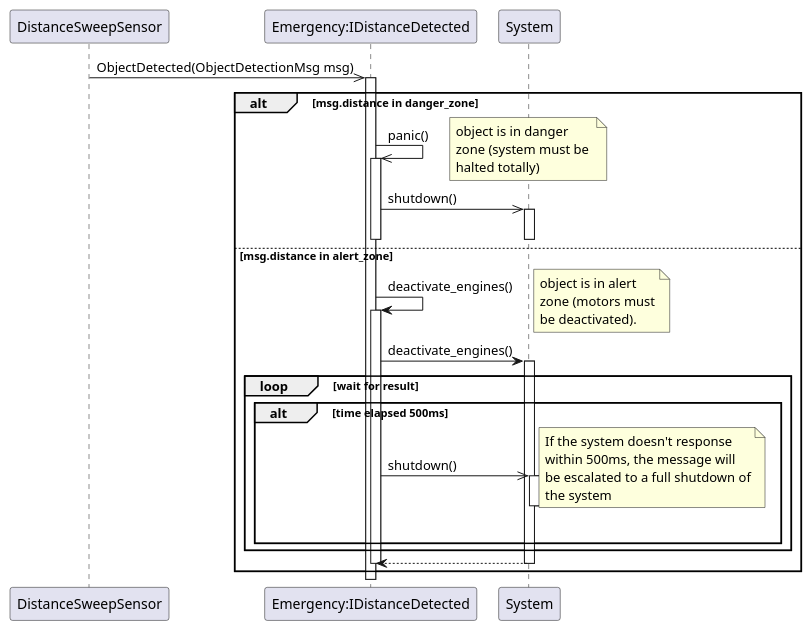
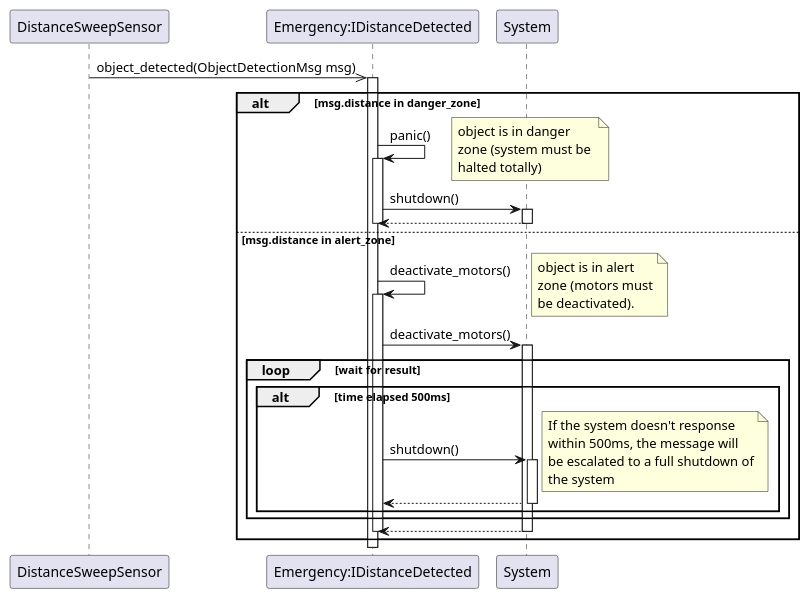
The diagram in design/components.trace.plantuml (jvisch/jvr), drawn with PlantUML before and after one commit. The commit also changed 3 other files, not shown here.

```diff
--- a/design/components.trace.plantuml
+++ b/design/components.trace.plantuml
@@ -1,62 +1,64 @@
 @startuml Component Trace
 
 
 participant sensor as "DistanceSweepSensor"
 participant emergency as "Emergency:IDistanceDetected"
 participant system as "System"
 
-sensor ->> emergency : ObjectDetected(ObjectDetectionMsg msg)
+sensor ->> emergency : object_detected(ObjectDetectionMsg msg)
 activate emergency
 
 alt msg.distance in danger_zone
-    emergency ->> emergency : panic()
+    emergency -> emergency : panic()
     
     note right
     object is in danger 
     zone (system must be 
     halted totally)
     end note
 
     activate emergency
-    emergency ->> system : shutdown()
+    emergency -> system : shutdown()
     activate system
+    emergency <-- system
     deactivate system
     deactivate emergency
 else msg.distance in alert_zone
     ' object is in alert zone (motors must be deactivated)
-    emergency -> emergency : deactivate_engines()
+    emergency -> emergency : deactivate_motors()
     
     note right
     object is in alert 
     zone (motors must
     be deactivated).
     end note
 
     activate emergency
-    emergency -> system : deactivate_engines()
+    emergency -> system : deactivate_motors()
     activate system
     ' the system must response withing 500ms, otherwise
     ' the total system will be shutdown
     loop wait for result
         alt time elapsed 500ms
         
-            emergency ->> system : shutdown()
+            emergency -> system : shutdown()
         
             note right
             If the system doesn't response
             within 500ms, the message will
             be escalated to a full shutdown of
             the system
             end note
 
             activate system
+            emergency <-- system
             deactivate system 
         end
     end
     system ---> emergency
     deactivate system
     deactivate emergency
 end
 
 
 @enduml
```
